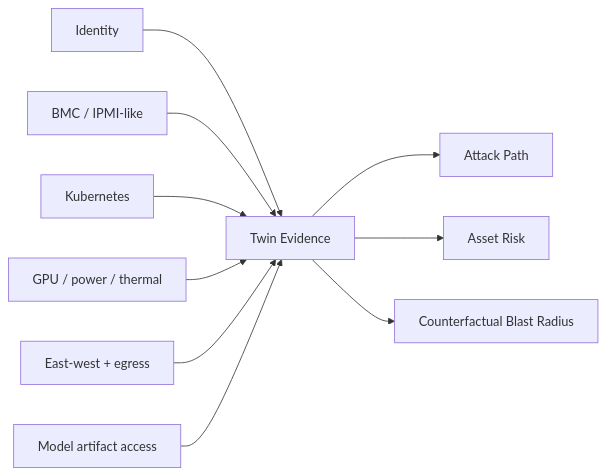
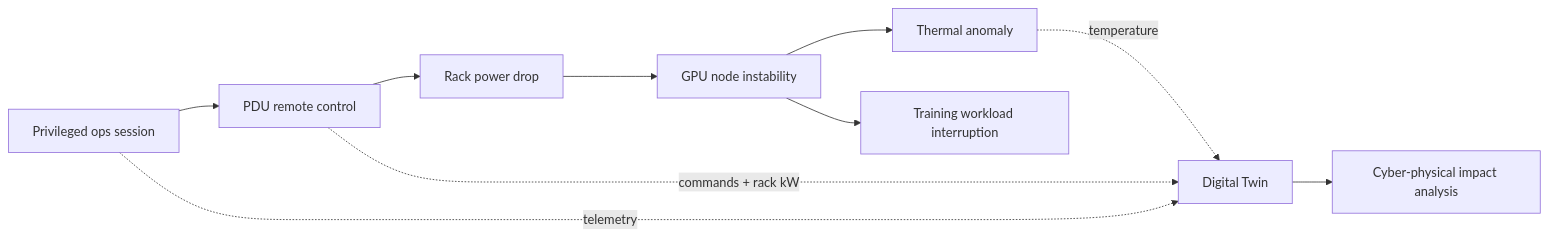
The fourth of 4 diagrams in README.md (VinayK88/ai-datacenter-security-digital-twin), drawn with Mermaid before and after one commit. The commit also changed other lines of this file, not shown here.

````diff
--- a/README.md
+++ b/README.md
@@ -210,12 +265,12 @@
 ```mermaid
 flowchart LR
-    IAM["Identity"] --> FUSE["Twin Evidence"]
-    BMC["BMC / IPMI-like"] --> FUSE
-    K8S["Kubernetes"] --> FUSE
-    GPU["GPU / power / thermal"] --> FUSE
-    NET["East-west + egress"] --> FUSE
-    MODEL["Model artifact access"] --> FUSE
-    FUSE --> PATH["Attack Path"]
-    FUSE --> RISK["Asset Risk"]
-    FUSE --> BLAST["Counterfactual Blast Radius"]
+    ID["Privileged ops session"] --> PDU["PDU remote control"]
+    PDU --> DROP["Rack power drop"]
+    DROP --> NODE["GPU node instability"]
+    NODE --> TEMP["Thermal anomaly"]
+    NODE --> POD["Training workload interruption"]
+    ID -. telemetry .-> TWIN["Digital Twin"]
+    PDU -. commands + rack kW .-> TWIN
+    TEMP -. temperature .-> TWIN
+    TWIN --> IMPACT["Cyber-physical impact analysis"]
 ```
````
